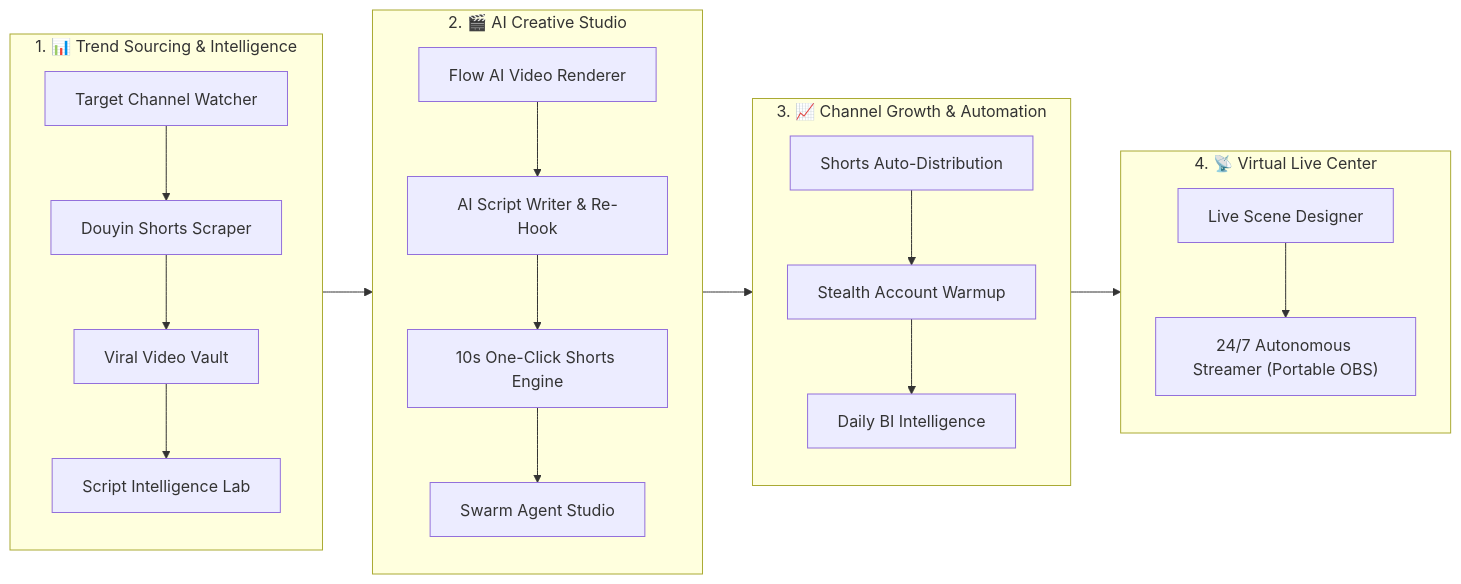
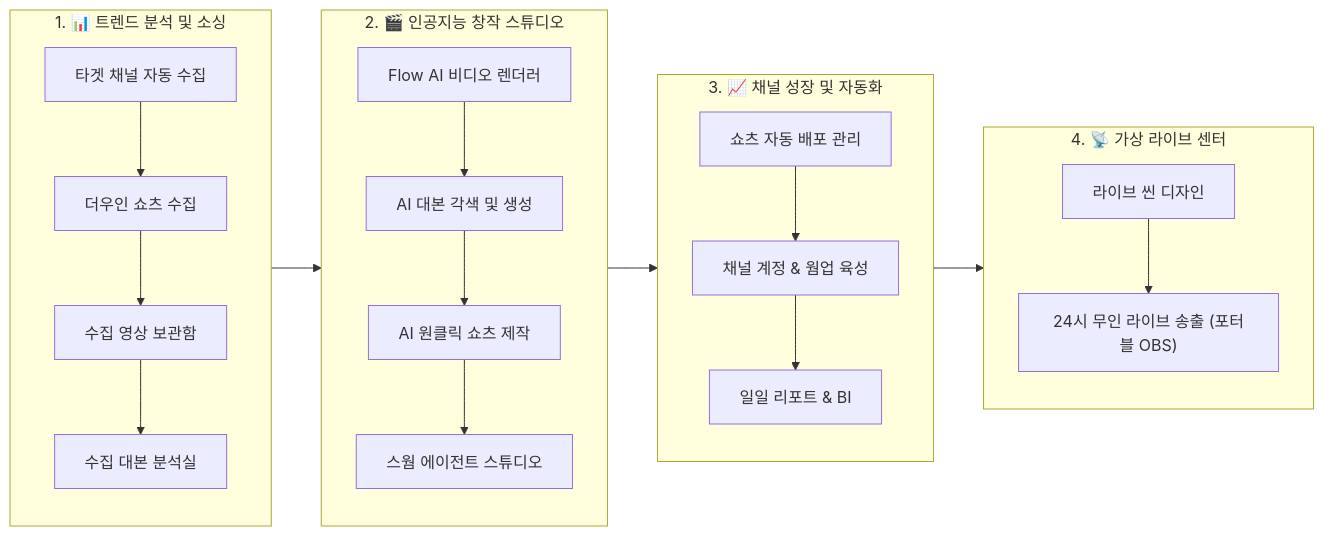
Before and after one commit to jmyoon312/VLStudio: the diagram in README.md, drawn with Mermaid. The commit also changed other lines of this file and 1 other file, not shown here.

Commit message:
docs: update READMEs with remote workstation architecture, smartphone CapCut bridge, and Pixeling standardized naming workflows

````diff
--- a/README.md
+++ b/README.md
@@ -93,25 +103,25 @@
 ```mermaid
 flowchart LR
-    subgraph SOURCING ["1. 📊 Trend Sourcing & Intelligence"]
-        A1["Target Channel Watcher"] --> A2["Douyin Shorts Scraper"]
-        A2 --> A3["Viral Video Vault"]
-        A3 --> A4["Script Intelligence Lab"]
+    subgraph SOURCING ["1. 📊 트렌드 분석 및 소싱"]
+        A1["타겟 채널 자동 수집"] --> A2["더우인 쇼츠 수집"]
+        A2 --> A3["수집 영상 보관함"]
+        A3 --> A4["수집 대본 분석실"]
     end
 
-    subgraph CREATION ["2. 🎬 AI Creative Studio"]
-        B1["Flow AI Video Renderer"] --> B2["AI Script Writer & Re-Hook"]
-        B2 --> B3["10s One-Click Shorts Engine"]
-        B3 --> B4["Swarm Agent Studio"]
+    subgraph CREATION ["2. 🎬 인공지능 창작 스튜디오"]
+        B1["Flow AI 비디오 렌더러"] --> B2["AI 대본 각색 및 생성"]
+        B2 --> B3["AI 원클릭 쇼츠 제작"]
+        B3 --> B4["스웜 에이전트 스튜디오"]
     end
 
-    subgraph OPERATION ["3. 📈 Channel Growth & Automation"]
-        C1["Shorts Auto-Distribution"] --> C2["Stealth Account Warmup"]
-        C2 --> C3["Daily BI Intelligence"]
+    subgraph OPERATION ["3. 📈 채널 성장 및 자동화"]
+        C1["쇼츠 자동 배포 관리"] --> C2["채널 계정 & 웜업 육성"]
+        C2 --> C3["일일 리포트 & BI"]
     end
 
-    subgraph LIVE ["4. 📡 Virtual Live Center"]
-        D1["Live Scene Designer"] --> D2["24/7 Autonomous Streamer (Portable OBS)"]
+    subgraph LIVE ["4. 📡 가상 라이브 센터"]
+        D1["라이브 씬 디자인"] --> D2["24시 무인 라이브 송출 (포터블 OBS)"]
     end
 
     SOURCING --> CREATION --> OPERATION --> LIVE
 ```
````
